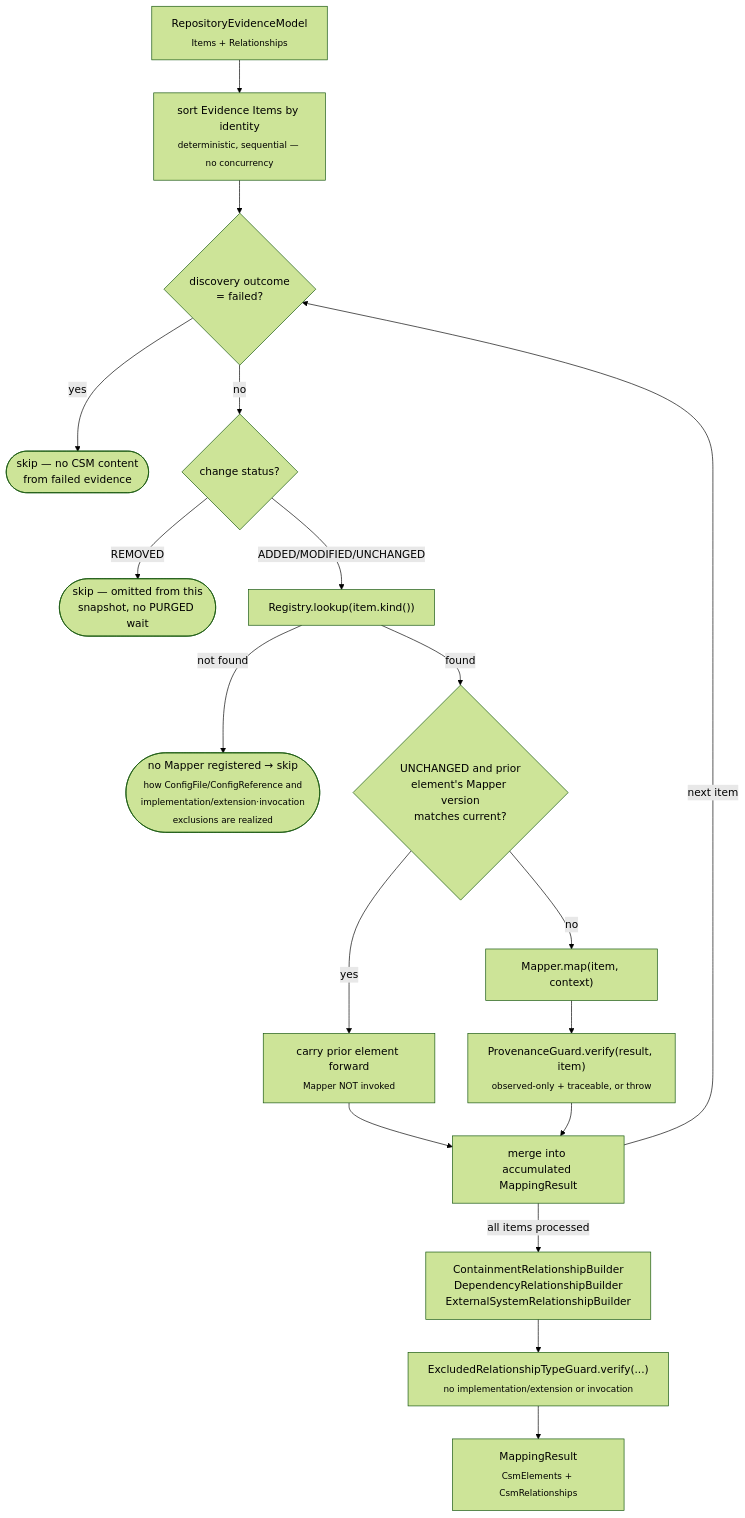
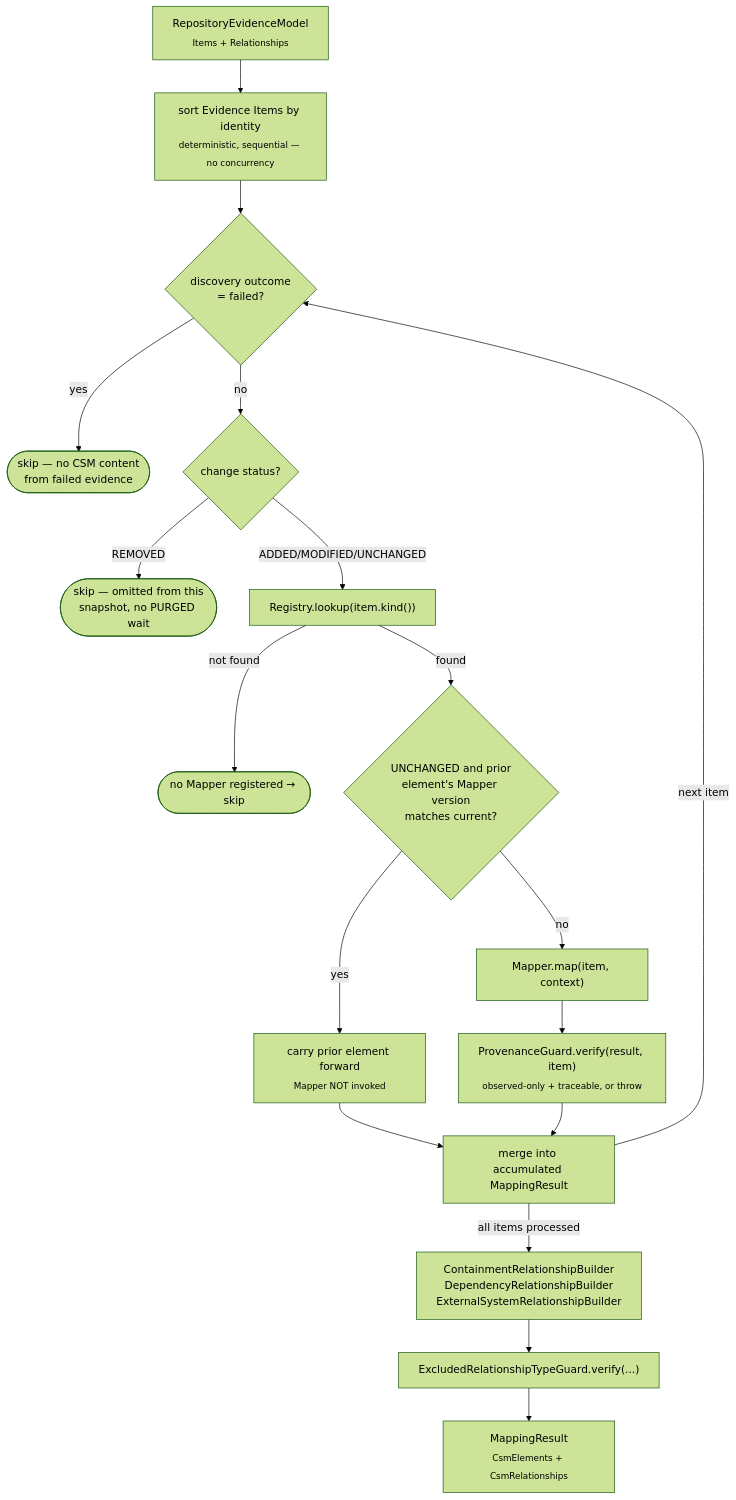
Before and after one commit to psrs12/aip: the eighth of 9 diagrams in docs/architecture.md, drawn with Mermaid (forest theme). The commit also changed other lines of this file and 3 other files, not shown here.

````diff
--- a/docs/architecture.md
+++ b/docs/architecture.md
@@ -188,31 +362,31 @@
 ```mermaid
 flowchart TD
     REM["RepositoryEvidenceModel<br/><sub>Items + Relationships</sub>"]
     Sort["sort Evidence Items by identity<br/><sub>deterministic, sequential — no concurrency</sub>"]
     Failed{"discovery outcome<br/>= failed?"}
     SkipFailed(["skip — no CSM content<br/>from failed evidence"])
     Status{"change status?"}
     SkipRemoved(["skip — omitted from this<br/>snapshot, no PURGED wait"])
     Lookup["Registry.lookup(item.kind())"]
-    SkipUnmapped(["no Mapper registered → skip<br/><sub>how ConfigFile/ConfigReference and<br/>implementation/extension·invocation<br/>exclusions are realized</sub>"])
+    SkipUnmapped(["no Mapper registered → skip"])
     PriorCheck{"UNCHANGED and prior<br/>element's Mapper version<br/>matches current?"}
     Carry["carry prior element forward<br/><sub>Mapper NOT invoked</sub>"]
     Map["Mapper.map(item, context)"]
     Guard["ProvenanceGuard.verify(result, item)<br/><sub>observed-only + traceable, or throw</sub>"]
     Merge["merge into accumulated MappingResult"]
     Batch["ContainmentRelationshipBuilder<br/>DependencyRelationshipBuilder<br/>ExternalSystemRelationshipBuilder"]
-    ExclGuard["ExcludedRelationshipTypeGuard.verify(...)<br/><sub>no implementation/extension or invocation</sub>"]
+    ExclGuard["ExcludedRelationshipTypeGuard.verify(...)"]
     Result["MappingResult<br/><sub>CsmElements + CsmRelationships</sub>"]
 
     REM --> Sort --> Failed
     Failed -- yes --> SkipFailed
     Failed -- no --> Status
     Status -- REMOVED --> SkipRemoved
     Status -- ADDED/MODIFIED/UNCHANGED --> Lookup
     Lookup -- not found --> SkipUnmapped
     Lookup -- found --> PriorCheck
     PriorCheck -- yes --> Carry --> Merge
     PriorCheck -- no --> Map --> Guard --> Merge
     Merge -->|next item| Failed
     Merge -->|all items processed| Batch --> ExclGuard --> Result
 ```
````
